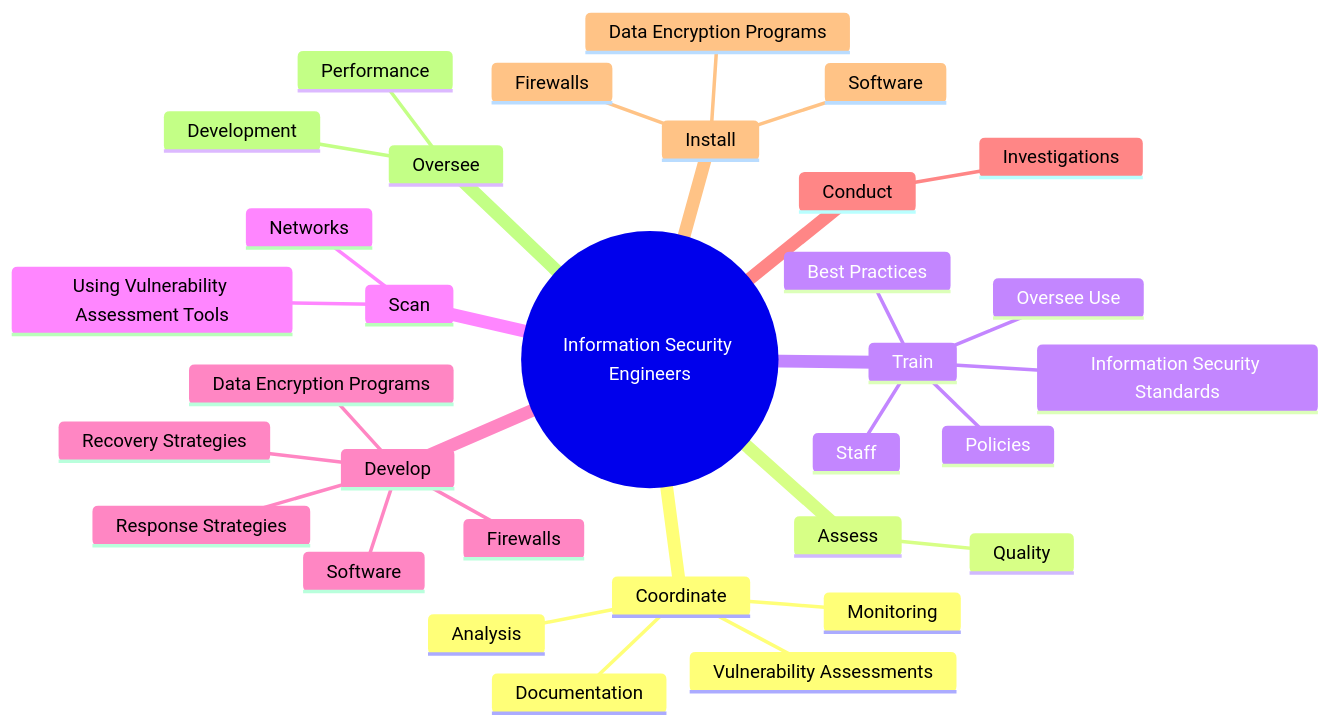
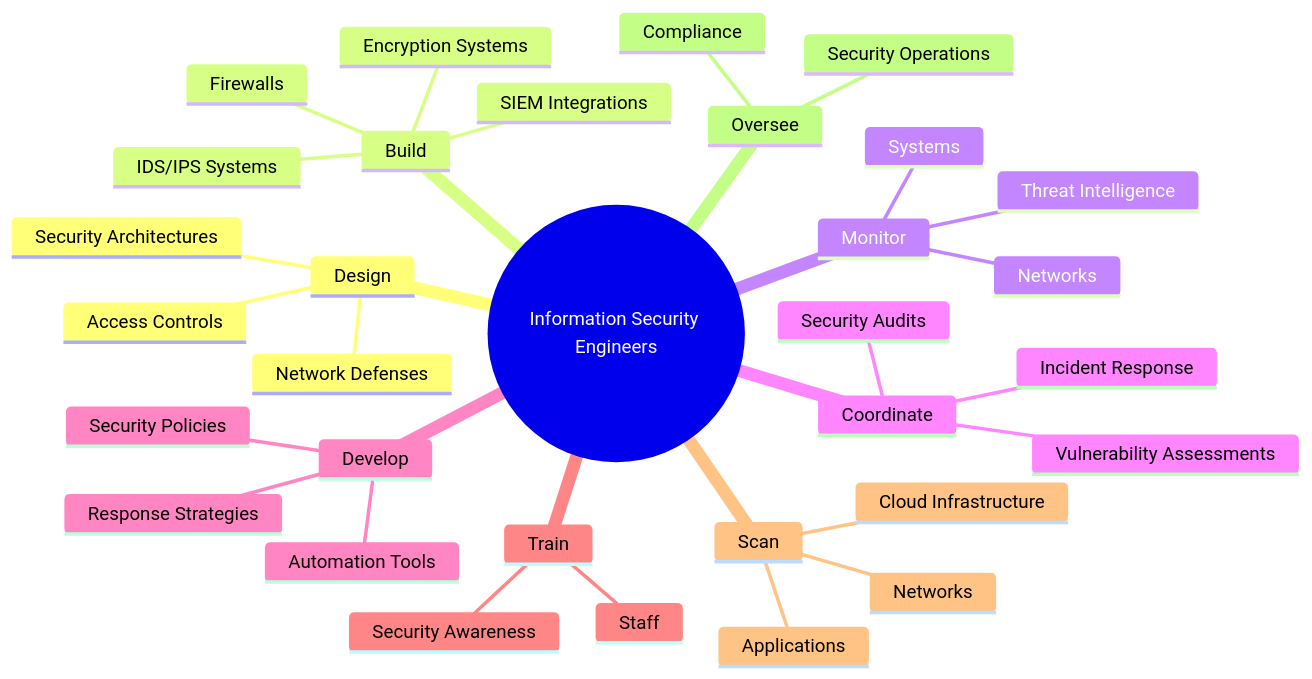
Before and after one commit to kziemski/business.org.ai: the second of 4 diagrams in occupations/Technology/InformationSecurityEngineers.mdx, drawn with Mermaid. The commit also changed other lines of this file and 938 other files, not shown here.

````diff
--- a/occupations/Technology/InformationSecurityEngineers.mdx
+++ b/occupations/Technology/InformationSecurityEngineers.mdx
@@ -38,35 +46,35 @@
 ```mermaid
 mindmap
     root(("Information Security Engineers"))
+        Design
+            Security Architectures
+            Network Defenses
+            Access Controls
+        Build
+            Firewalls
+            IDS/IPS Systems
+            Encryption Systems
+            SIEM Integrations
+        Monitor
+            Networks
+            Systems
+            Threat Intelligence
         Coordinate
-            Monitoring
             Vulnerability Assessments
-            Analysis
-            Documentation
-        Assess
-            Quality
+            Security Audits
+            Incident Response
+        Develop
+            Security Policies
+            Response Strategies
+            Automation Tools
         Train
             Staff
-            Oversee Use
-            Information Security Standards
-            Policies
-            Best Practices
+            Security Awareness
         Scan
             Networks
-            Using Vulnerability Assessment Tools
-        Develop
-            Response Strategies
-            Recovery Strategies
-            Software
-            Firewalls
-            Data Encryption Programs
-        Conduct
-            Investigations
-        Install
-            Software
-            Firewalls
-            Data Encryption Programs
+            Applications
+            Cloud Infrastructure
         Oversee
-            Development
-            Performance
+            Security Operations
+            Compliance
 ```
````
